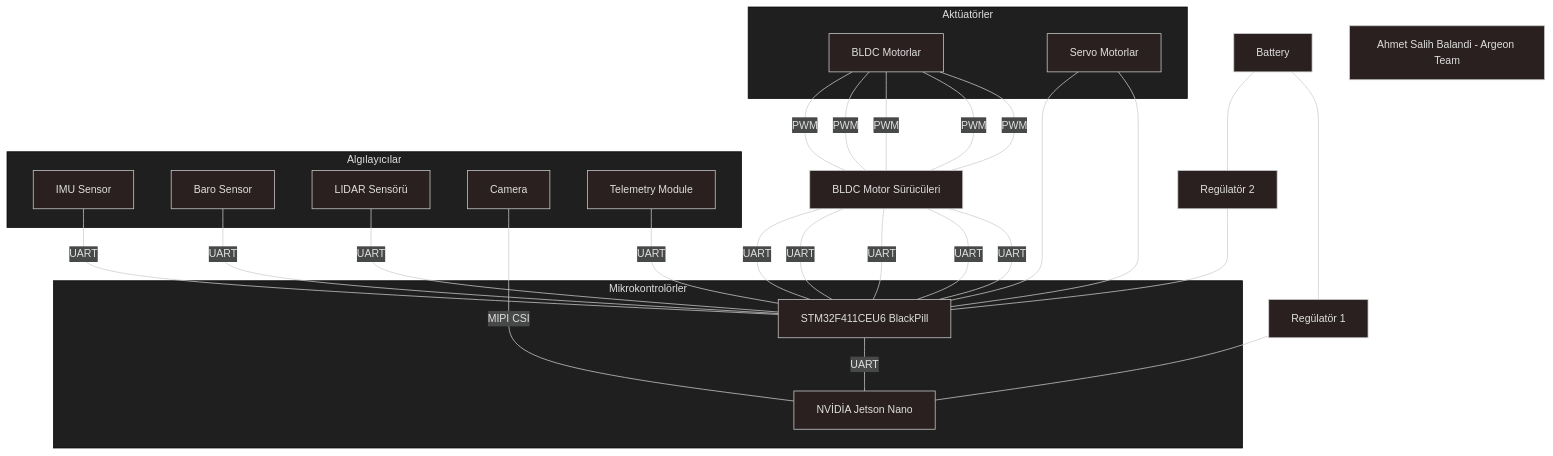
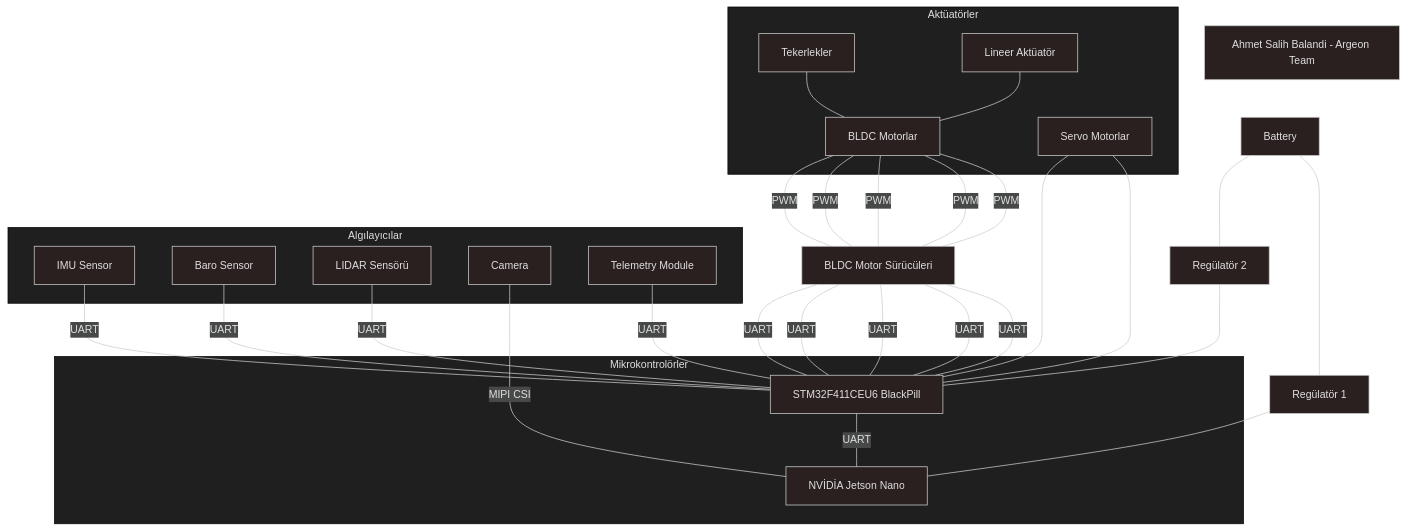
Before and after one commit to ahmetsalihbalandi/autopilot: the diagram in autopilot_diagram.md, drawn with Mermaid.

````diff
--- a/autopilot_diagram.md
+++ b/autopilot_diagram.md
@@ -1,36 +1,38 @@
 ```mermaid
 ---
 config:
   theme: neo-dark
 ---
 flowchart TD
  subgraph s1["Mikrokontrolörler"]
         Jetson_Nano["NVİDİA Jetson Nano"]
         STM["STM32F411CEU6 BlackPill"]
   end
  subgraph s2["Algılayıcılar"]
         IMU["IMU Sensor"]
         Baro["Baro Sensor"]
         LIDAR["LIDAR Sensörü"]
         Camera["Camera"]
         Telemetry["Telemetry Module"]
   end
  subgraph s3["Aktüatörler"]
         Motors["BLDC Motorlar"]
         sMotors["Servo Motorlar"]
+	teker["Tekerlekler"]
+	lineer["Lineer Aktüatör"]
   end
-    Motors -- PWM --- Drivers["BLDC Motor Sürücüleri"] & Drivers & Drivers & Drivers & Drivers
+    lineer & teker --- Motors -- PWM --- Drivers["BLDC Motor Sürücüleri"] & Drivers & Drivers & Drivers & Drivers
     Drivers -- UART --- STM & STM & STM & STM & STM
     LIDAR -- UART --- STM
     IMU -- UART --- STM
     Baro -- UART --- STM
     Telemetry -- UART --- STM
     Camera -- MIPI CSI --- Jetson_Nano
     STM -- UART --- Jetson_Nano
     Battery["Battery"] --- Regulator1["Regülatör 1"] & Regulator2["Regülatör 2"]
     Regulator1 --- Jetson_Nano
     Regulator2 --- STM
     sMotors --- STM & STM
 classDef footer fill:none,stroke:none,color:#000, font-style:italic;
 footer["Ahmet Salih Balandi - Argeon Team"]
 ```
````
